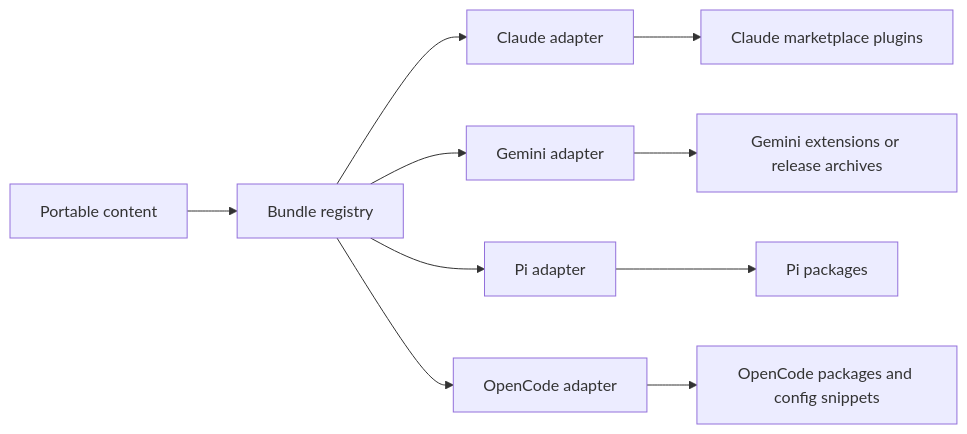
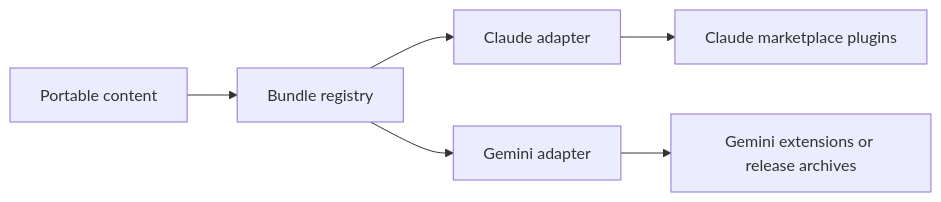
One commit to nq-rdl/agent-extensions changed the diagram in docs/ARCHITECTURE.md. Above: the diagram before and after it, drawn with Mermaid. The commit also changed other lines of this file and 92 other files, not shown here.

````diff
--- a/docs/ARCHITECTURE.md
+++ b/docs/ARCHITECTURE.md
@@ -50,12 +50,8 @@
 ```mermaid
 flowchart LR
   A[Portable content] --> B[Bundle registry]
   B --> C[Claude adapter]
   B --> D[Gemini adapter]
-  B --> E[Pi adapter]
-  B --> F[OpenCode adapter]
   C --> G[Claude marketplace plugins]
   D --> H[Gemini extensions or release archives]
-  E --> I[Pi packages]
-  F --> J[OpenCode packages and config snippets]
 ```
````
